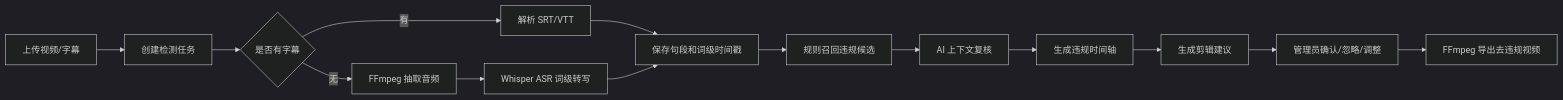
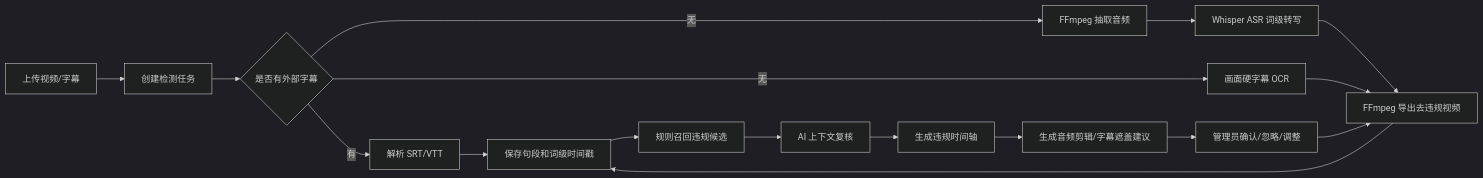
The first of 2 diagrams in README.md (xutongxue233/AI-sensitive-word-detection-system), drawn with Mermaid (dark theme) before and after one commit. The commit also changed other lines of this file and 30 other files, not shown here.

````diff
--- a/README.md
+++ b/README.md
@@ -49,16 +50,19 @@
 ```mermaid
 flowchart LR
   A["上传视频/字幕"] --> B["创建检测任务"]
-  B --> C{"是否有字幕"}
+  B --> C{"是否有外部字幕"}
   C -- "有" --> D["解析 SRT/VTT"]
   C -- "无" --> E["FFmpeg 抽取音频"]
+  C -- "无" --> O["画面硬字幕 OCR"]
   E --> F["Whisper ASR 词级转写"]
   D --> G["保存句段和词级时间戳"]
-  F --> G
+  F --> M["合并音频层与字幕层"]
+  O --> M
+  M --> G
   G --> H["规则召回违规候选"]
   H --> I["AI 上下文复核"]
   I --> J["生成违规时间轴"]
-  J --> K["生成剪辑建议"]
+  J --> K["生成音频剪辑/字幕遮盖建议"]
   K --> L["管理员确认/忽略/调整"]
   L --> M["FFmpeg 导出去违规视频"]
 ```
````
